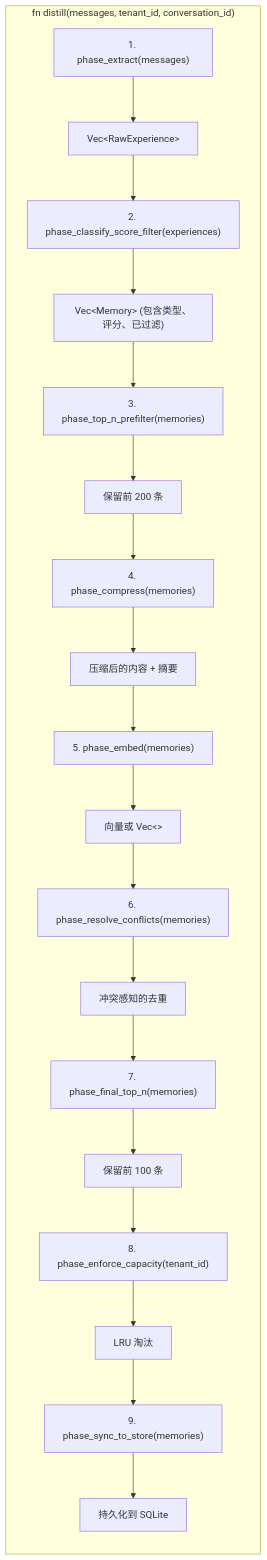
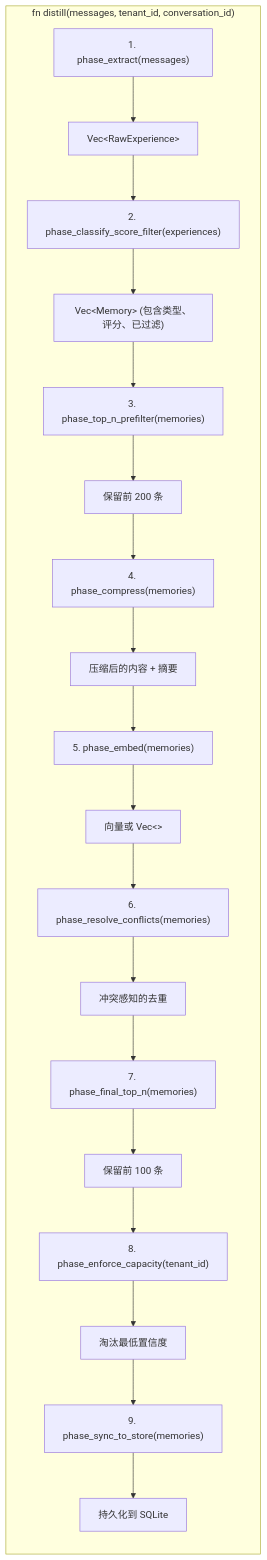
The fourth of 4 diagrams in docs/zh/distillation-pipeline.md (Timwood0x10/Mnemosyne), drawn with Mermaid before and after one commit. The commit also changed other lines of this file and 27 other files, not shown here.

````diff
--- a/docs/zh/distillation-pipeline.md
+++ b/docs/zh/distillation-pipeline.md
@@ -248,28 +248,28 @@
 ```mermaid
 flowchart TB
     subgraph distill["fn distill(messages, tenant_id, conversation_id)"]
         direction TB
         P1["1. phase_extract(messages)"]
         R1["Vec&lt;RawExperience&gt;"]
         P2["2. phase_classify_score_filter(experiences)"]
         R2["Vec&lt;Memory&gt; (包含类型、评分、已过滤)"]
         P3["3. phase_top_n_prefilter(memories)"]
         R3["保留前 200 条"]
         P4["4. phase_compress(memories)"]
         R4["压缩后的内容 + 摘要"]
         P5["5. phase_embed(memories)"]
         R5["向量或 Vec&lt;&gt;"]
         P6["6. phase_resolve_conflicts(memories)"]
         R6["冲突感知的去重"]
         P7["7. phase_final_top_n(memories)"]
         R7["保留前 100 条"]
         P8["8. phase_enforce_capacity(tenant_id)"]
-        R8["LRU 淘汰"]
+        R8["淘汰最低置信度"]
         P9["9. phase_sync_to_store(memories)"]
         R9["持久化到 SQLite"]
 
         P1 --> R1 --> P2 --> R2 --> P3 --> R3 --> P4 --> R4
         R4 --> P5 --> R5 --> P6 --> R6 --> P7 --> R7
         R7 --> P8 --> R8 --> P9 --> R9
     end
 ```
````
